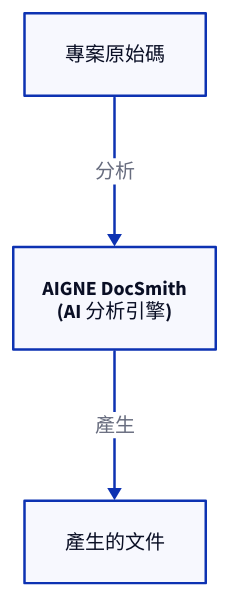
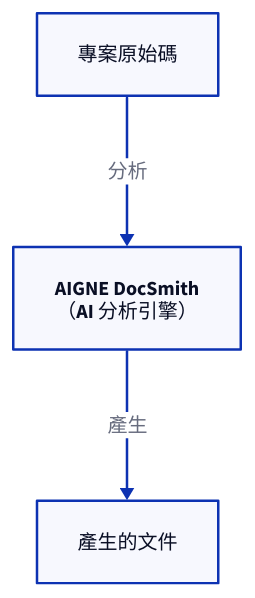
One commit to AIGNE-io/aigne-doc-smith changed the diagram in docs/overview.zh-TW.md. Above: the diagram before and after it, drawn with D2. The commit also changed other lines of this file and 23 other files, not shown here.

````diff
--- a/docs/overview.zh-TW.md
+++ b/docs/overview.zh-TW.md
@@ -11,21 +11,21 @@
 ```d2
 direction: down
 
 Source-Code: {
   label: "專案原始碼"
   shape: rectangle
 }
 
 DocSmith: {
-  label: "AIGNE DocSmith\n(AI 分析引擎)"
+  label: "AIGNE DocSmith\n（AI 分析引擎）"
   shape: rectangle
 }
 
 Docs: {
   label: "產生的文件"
   shape: rectangle
 }
 
 Source-Code -> DocSmith: "分析"
 DocSmith -> Docs: "產生"
 ```
````
